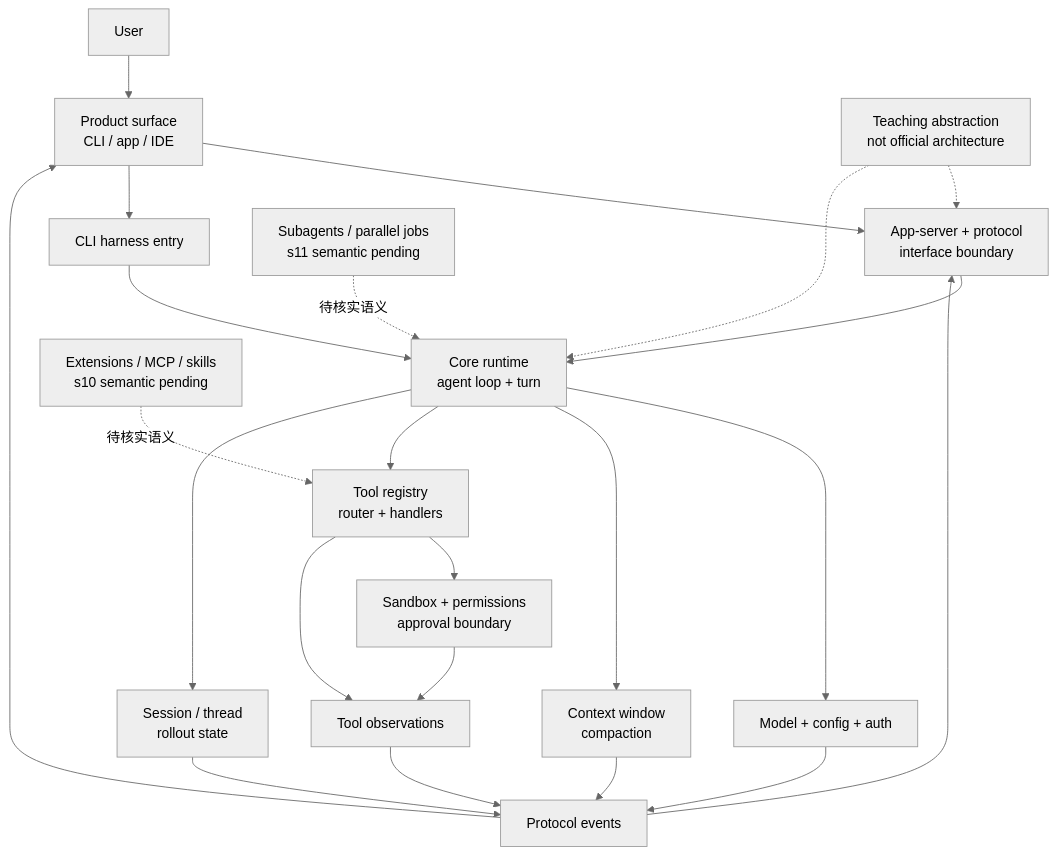
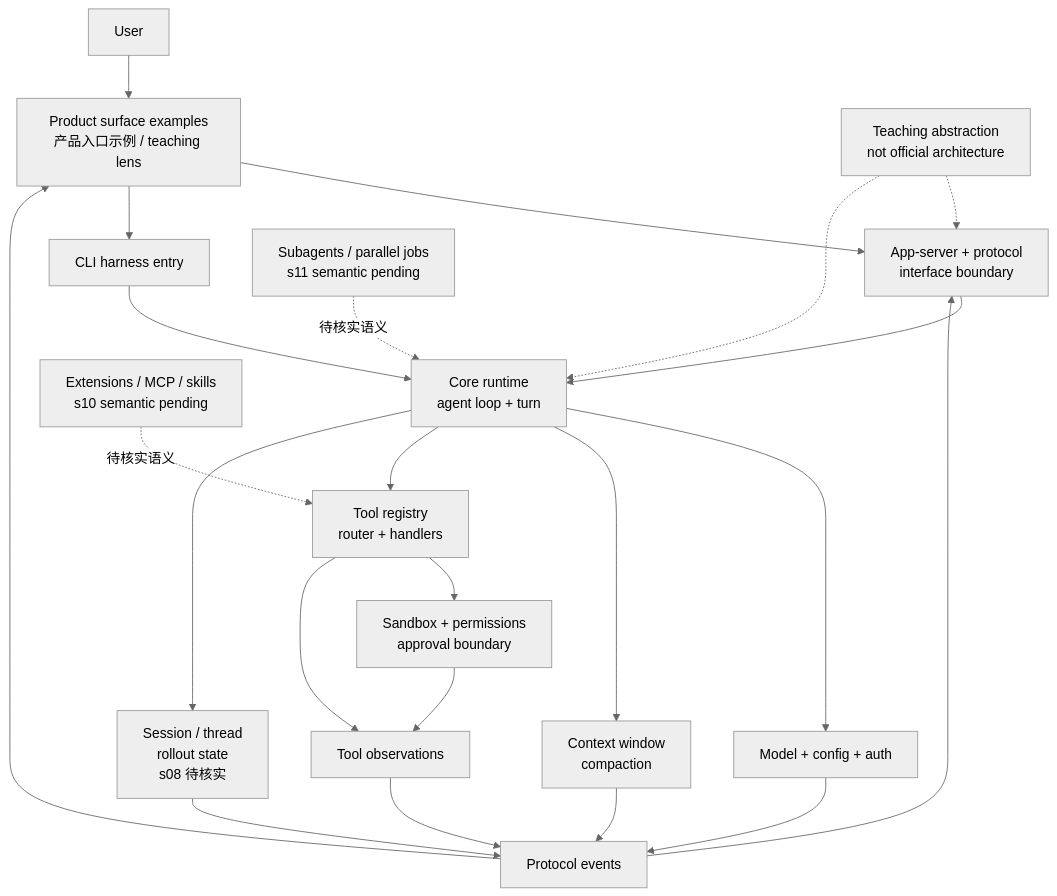
Before and after one commit to shihao-zhang/learn-codex: the diagram in chapters/s12_comprehensive_architecture/diagram.mmd, drawn with Mermaid (neutral theme). The commit also changed 9 other files, not shown here.

Commit message:
Add s12 diagram redraw pilot

```diff
--- a/chapters/s12_comprehensive_architecture/diagram.mmd
+++ b/chapters/s12_comprehensive_architecture/diagram.mmd
@@ -1,28 +1,28 @@
 flowchart TB
-    U["User"] --> UI["Product surface<br/>CLI / app / IDE"]
+    U["User"] --> UI["Product surface examples<br/>产品入口示例 / teaching lens"]
     UI --> AP["App-server + protocol<br/>interface boundary"]
     UI --> CLI["CLI harness entry"]
 
     AP --> CORE["Core runtime<br/>agent loop + turn"]
     CLI --> CORE
 
     CORE --> M["Model + config + auth"]
     CORE --> CTX["Context window<br/>compaction"]
     CORE --> TOOLS["Tool registry<br/>router + handlers"]
     TOOLS --> PERM["Sandbox + permissions<br/>approval boundary"]
-    CORE --> SES["Session / thread<br/>rollout state"]
+    CORE --> SES["Session / thread<br/>rollout state<br/>s08 待核实"]
 
     TOOLS --> OBS["Tool observations"]
     PERM --> OBS
     M --> EV["Protocol events"]
     CTX --> EV
     OBS --> EV
     SES --> EV
     EV --> AP
     EV --> UI
 
     EXT["Extensions / MCP / skills<br/>s10 semantic pending"] -. "待核实语义" .-> TOOLS
     PAR["Subagents / parallel jobs<br/>s11 semantic pending"] -. "待核实语义" .-> CORE
 
     NOTE["Teaching abstraction<br/>not official architecture"] -.-> AP
     NOTE -.-> CORE
```
